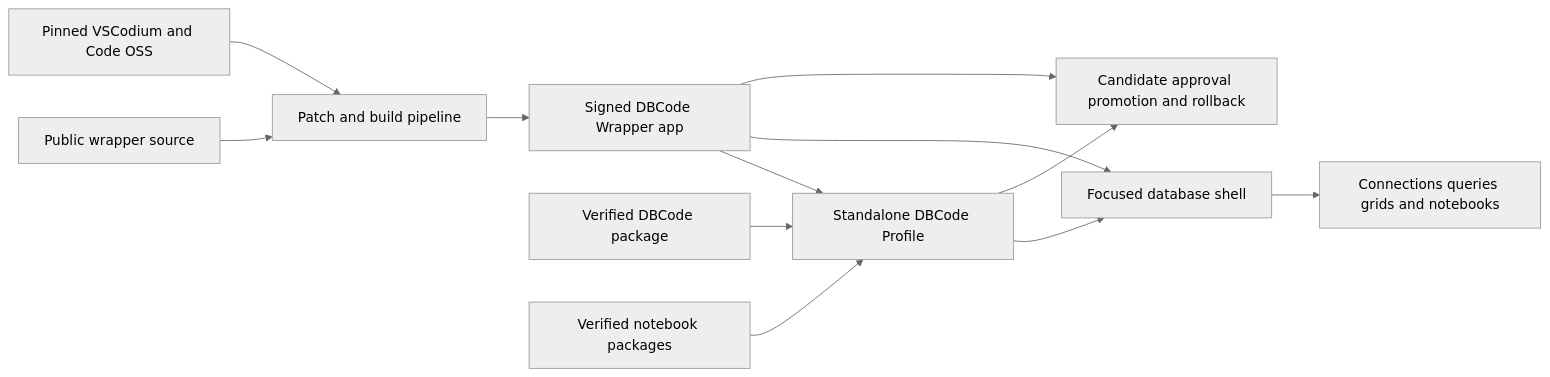
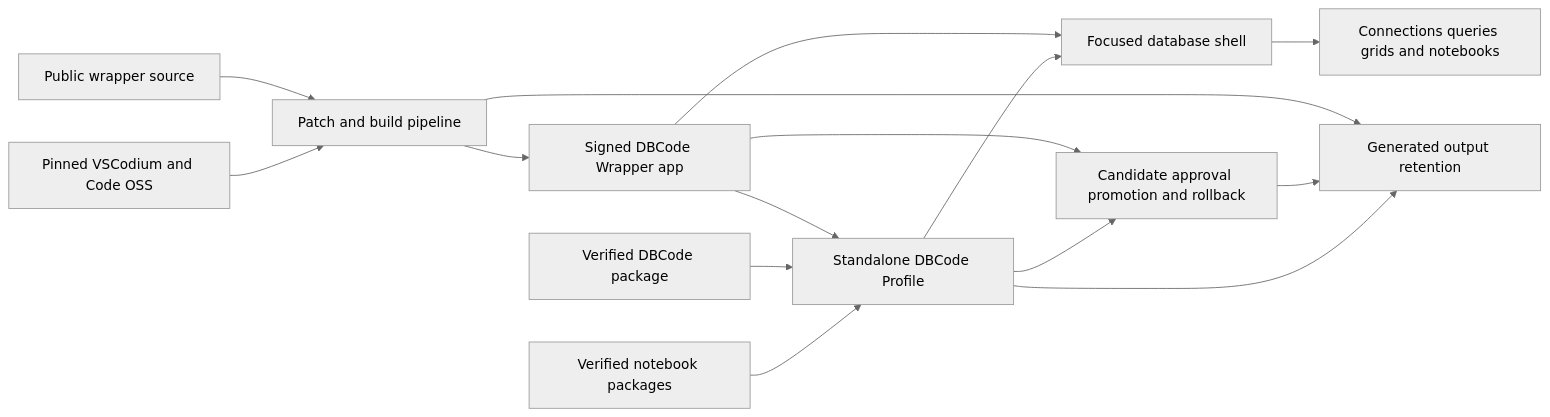
One commit to alexwck/dbcode-wrapper changed the diagram in wiki/OVERVIEW.md. Above: the diagram before and after it, drawn with Mermaid (neutral theme). The commit also changed other lines of this file and 11 other files, not shown here.

Commit message:
docs(wiki): document generated output retention

````diff
--- a/wiki/OVERVIEW.md
+++ b/wiki/OVERVIEW.md
@@ -22,14 +22,17 @@
 ```mermaid
 flowchart LR
   U[Public wrapper source] --> B[Patch and build pipeline]
   V[Pinned VSCodium and Code OSS] --> B
   B --> A[Signed DBCode Wrapper app]
   A --> P[Standalone DBCode Profile]
   D[Verified DBCode package] --> P
   N[Verified notebook packages] --> P
   A --> F[Focused database shell]
   P --> F
   F --> Q[Connections queries grids and notebooks]
   A --> R[Candidate approval promotion and rollback]
   P --> R
+  B --> G[Generated output retention]
+  R --> G
+  P --> G
 ```
````
